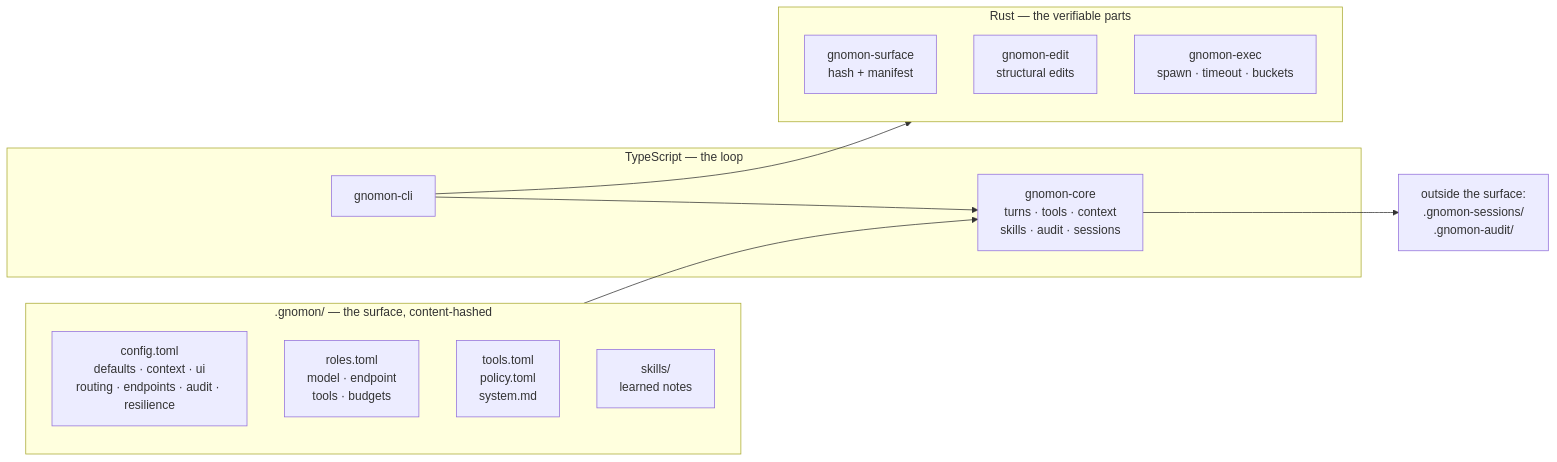
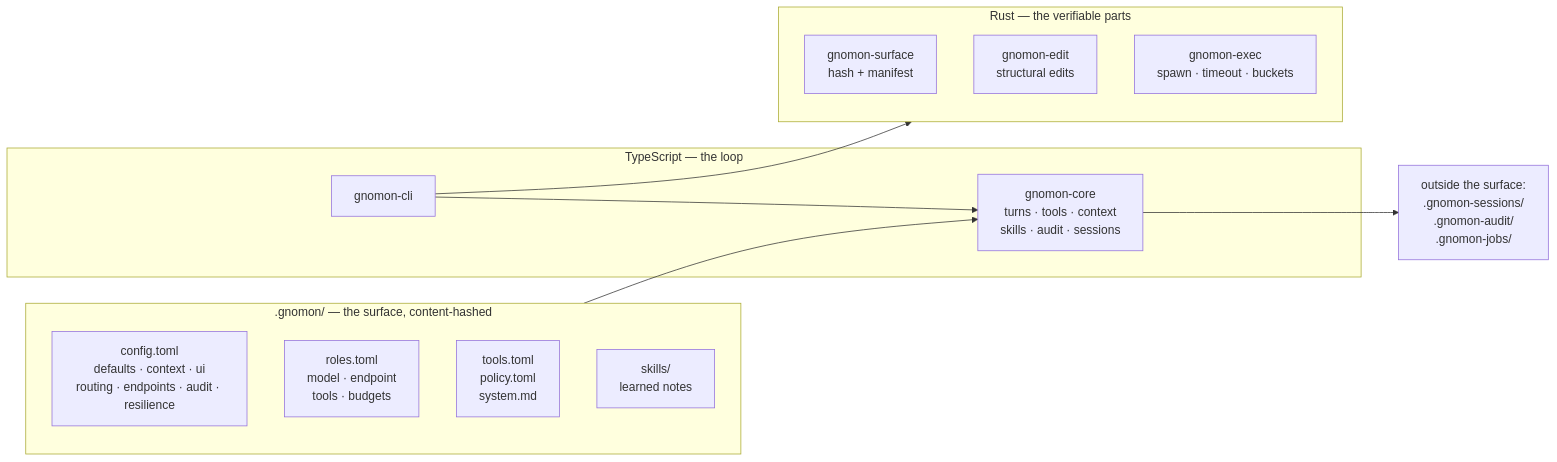
The second of 2 diagrams in README.md (eljaplacido/gnomonharness), drawn with Mermaid before and after one commit. The commit also changed other lines of this file and 2 other files, not shown here.

Commit message:
fix(bash): the harness told the model to write a log it could not read
Three places advised backgrounding a long command into /tmp -- the bash
tool description, the timeout message, and the recipe added earlier today.
`read` refuses /tmp under the default confined sandbox, so following
gnomon's own instructions produced a log gnomon could not then read. Every
one of those messages ends with "then read the log".

Measured: read /tmp/gnomon-job.log -> code 3, "refused (outside sandbox)".

Job logs now live in .gnomon-jobs/ inside the project, beside
.gnomon-sessions/ and .gnomon-audit/ and for the same reason, and the
recipe creates the directory. Verified end to end: the recipe backgrounds
the command, and `read .gnomon-jobs/job.log` returns its output.

README's gitignore step and the surface diagram name the new directory.

Claude-Session: https://claude.ai/code/session_01JC7zHfaiAzhVsGiPYnvVQV

````diff
--- a/README.md
+++ b/README.md
@@ -138,25 +138,25 @@
 ```mermaid
 flowchart LR
     subgraph SURFACE[".gnomon/ — the surface, content-hashed"]
         S1["config.toml<br/>defaults · context · ui<br/>routing · endpoints · audit · resilience"]
         S2["roles.toml<br/>model · endpoint<br/>tools · budgets"]
         S3["tools.toml<br/>policy.toml<br/>system.md"]
         S4["skills/<br/>learned notes"]
     end
 
     subgraph TS["TypeScript — the loop"]
         T1["gnomon-core<br/>turns · tools · context<br/>skills · audit · sessions"]
         T2["gnomon-cli"]
     end
 
     subgraph RS["Rust — the verifiable parts"]
         R1["gnomon-surface<br/>hash + manifest"]
         R2["gnomon-edit<br/>structural edits"]
         R3["gnomon-exec<br/>spawn · timeout · buckets"]
     end
 
     SURFACE --> T1
     T2 --> T1
     T2 --> RS
-    T1 --> OUT["outside the surface:<br/>.gnomon-sessions/<br/>.gnomon-audit/"]
+    T1 --> OUT["outside the surface:<br/>.gnomon-sessions/<br/>.gnomon-audit/<br/>.gnomon-jobs/"]
 ```
````
